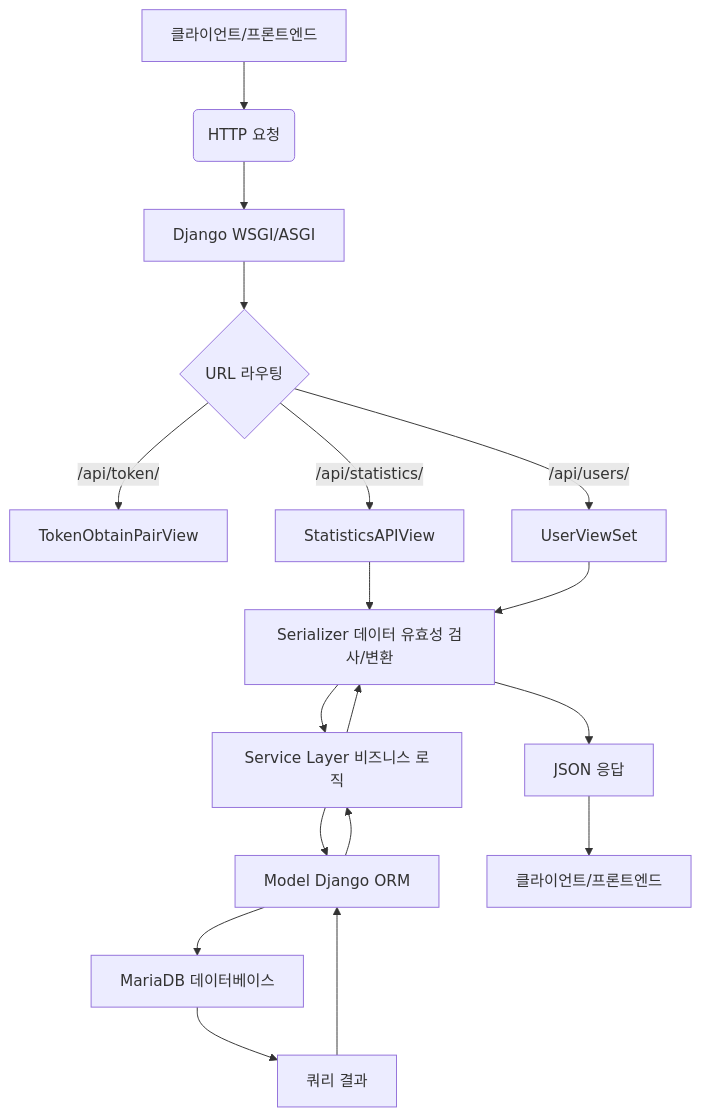
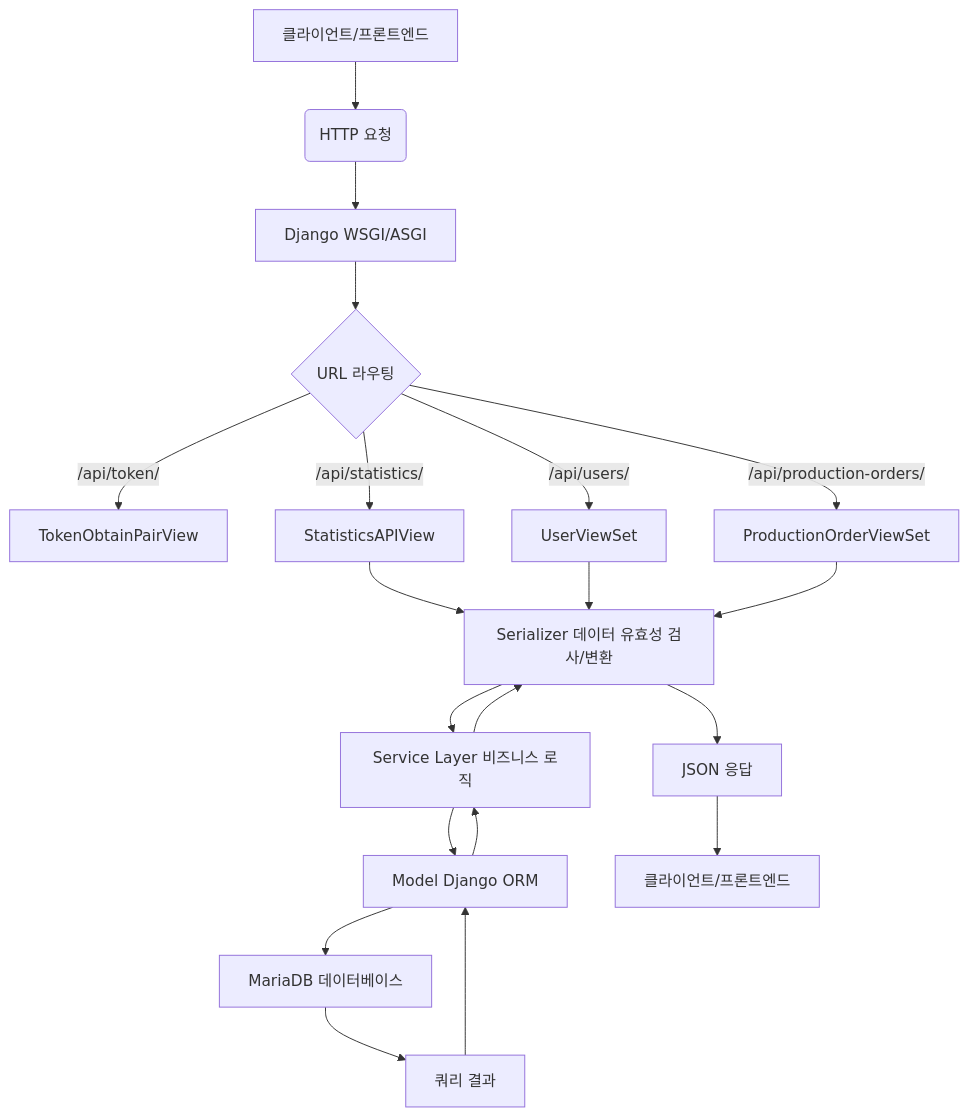
One commit to Heo-Jae-Young/mes-project changed the first of 7 diagrams in docs/SYSTEM_DATA_FLOW.md. Above: the diagram before and after it, drawn with Mermaid. The commit also changed other lines of this file and 4 other files, not shown here.

````diff
--- a/docs/SYSTEM_DATA_FLOW.md
+++ b/docs/SYSTEM_DATA_FLOW.md
@@ -32,20 +32,22 @@
 ```mermaid
 graph TD
     A[클라이언트/프론트엔드] --> B(HTTP 요청);
     B --> C[Django WSGI/ASGI];
     C --> D{URL 라우팅}; 
     D -- /api/token/ --> E[TokenObtainPairView];
     D -- /api/statistics/ --> F[StatisticsAPIView];
     D -- /api/users/ --> G[UserViewSet];
+    D -- /api/production-orders/ --> H1[ProductionOrderViewSet];
     F --> H[Serializer 데이터 유효성 검사/변환];
     G --> H;
+    H1 --> H;
     H --> I[Service Layer 비즈니스 로직];
     I --> J[Model Django ORM];
     J --> K[MariaDB 데이터베이스];
     K --> L[쿼리 결과];
     L --> J;
     J --> I;
     I --> H;
     H --> M[JSON 응답];
     M --> N[클라이언트/프론트엔드];
 ```
````
